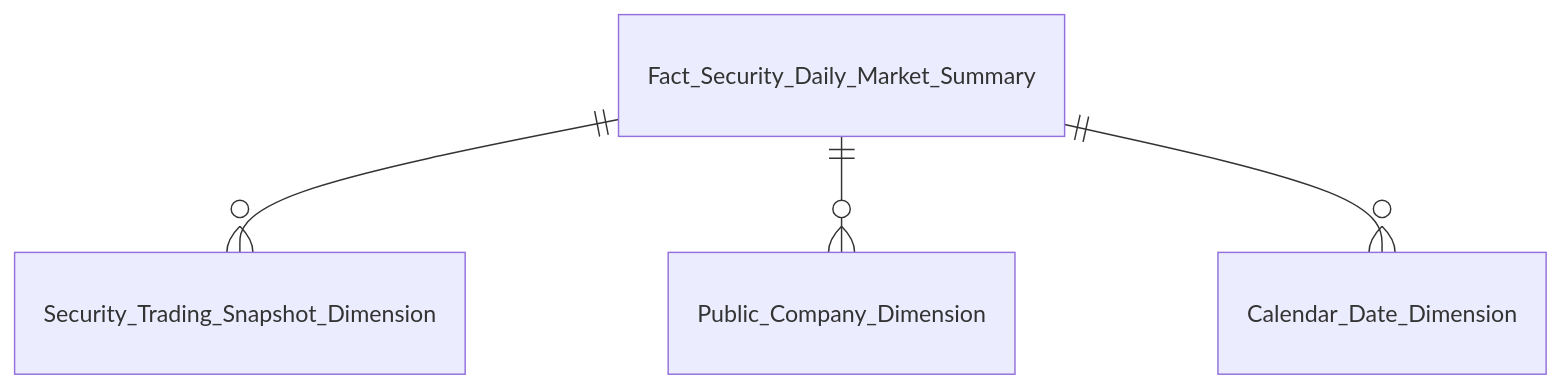
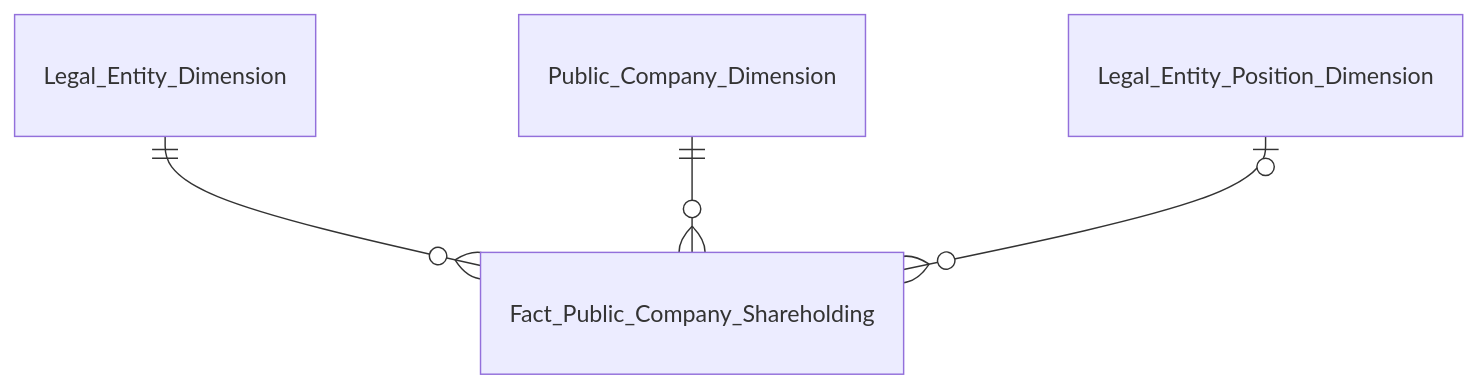
Before and after one commit to linhlvit/ubck_atomic_design: the fourth of 4 diagrams in Datamart/hld/DTM_GSTT_Entities.md, drawn with Mermaid. The commit also changed other lines of this file and 21 other files, not shown here.

````diff
--- a/Datamart/hld/DTM_GSTT_Entities.md
+++ b/Datamart/hld/DTM_GSTT_Entities.md
@@ -141,6 +72,6 @@
 ```mermaid
 erDiagram
-    Fact_Security_Daily_Market_Summary ||--o{ Security_Trading_Snapshot_Dimension : ""
-    Fact_Security_Daily_Market_Summary ||--o{ Public_Company_Dimension : ""
-    Fact_Security_Daily_Market_Summary ||--o{ Calendar_Date_Dimension : ""
+    Legal_Entity_Dimension ||--o{ Fact_Public_Company_Shareholding : " "
+    Public_Company_Dimension ||--o{ Fact_Public_Company_Shareholding : " "
+    Legal_Entity_Position_Dimension |o--o{ Fact_Public_Company_Shareholding : " "
 ```
````
